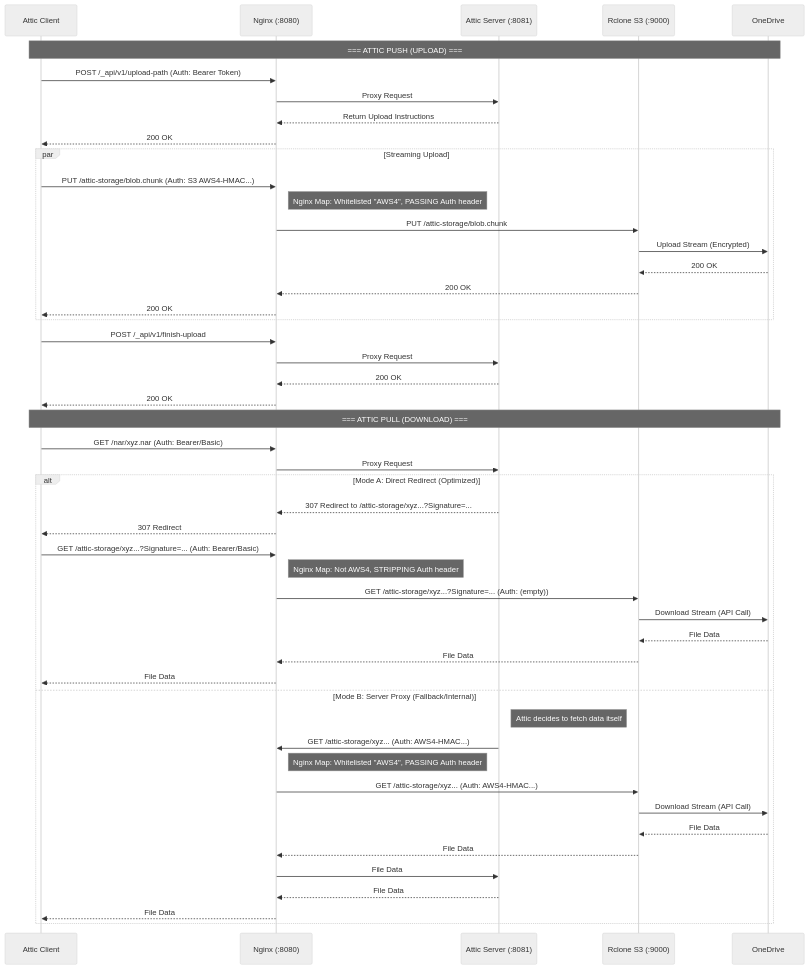
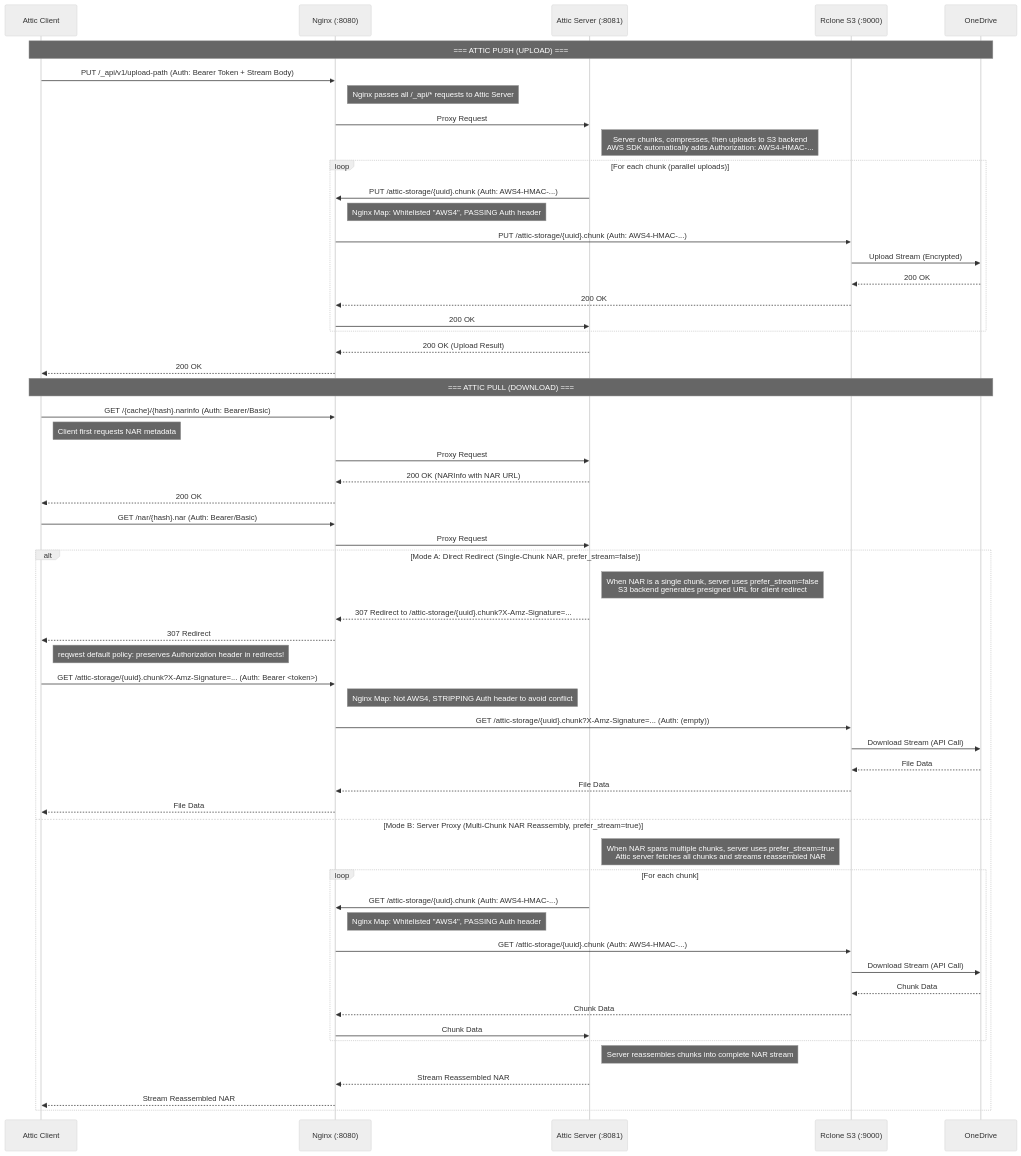
The second of 2 diagrams in README.md (Misaka13514/attic-server-fly), drawn with Mermaid (neutral theme) before and after one commit. The commit also changed other lines of this file and 4 other files, not shown here.

````diff
--- a/README.md
+++ b/README.md
@@ -67,56 +74,65 @@
 ```mermaid
 sequenceDiagram
     participant C as Attic Client
     participant N as Nginx (:8080)
     participant A as Attic Server (:8081)
     participant R as Rclone S3 (:9000)
     participant O as OneDrive
 
     note over C, O: === ATTIC PUSH (UPLOAD) ===
-    C->>N: POST /_api/v1/upload-path (Auth: Bearer Token)
+    C->>N: PUT /_api/v1/upload-path (Auth: Bearer Token + Stream Body)
+    note right of N: Nginx passes all /_api/* requests to Attic Server
     N->>A: Proxy Request
-    A-->>N: Return Upload Instructions
-    N-->>C: 200 OK
+    note right of A: Server chunks, compresses, then uploads to S3 backend<br/>AWS SDK automatically adds Authorization: AWS4-HMAC-...
 
-    par Streaming Upload
-        C->>N: PUT /attic-storage/blob.chunk (Auth: S3 AWS4-HMAC...)
+    loop For each chunk (parallel uploads)
+        A->>N: PUT /attic-storage/{uuid}.chunk (Auth: AWS4-HMAC-...)
         note right of N: Nginx Map: Whitelisted "AWS4", PASSING Auth header
-        N->>R: PUT /attic-storage/blob.chunk
+        N->>R: PUT /attic-storage/{uuid}.chunk (Auth: AWS4-HMAC-...)
         R->>O: Upload Stream (Encrypted)
         O-->>R: 200 OK
         R-->>N: 200 OK
-        N-->>C: 200 OK
+        N->>A: 200 OK
     end
 
-    C->>N: POST /_api/v1/finish-upload
-    N->>A: Proxy Request
-    A-->>N: 200 OK
+    A-->>N: 200 OK (Upload Result)
     N-->>C: 200 OK
 
     note over C, O: === ATTIC PULL (DOWNLOAD) ===
-    C->>N: GET /nar/xyz.nar (Auth: Bearer/Basic)
+    C->>N: GET /{cache}/{hash}.narinfo (Auth: Bearer/Basic)
+    note right of C: Client first requests NAR metadata
+    N->>A: Proxy Request
+    A-->>N: 200 OK (NARInfo with NAR URL)
+    N-->>C: 200 OK
+
+    C->>N: GET /nar/{hash}.nar (Auth: Bearer/Basic)
     N->>A: Proxy Request
 
-    alt Mode A: Direct Redirect (Optimized)
-        A-->>N: 307 Redirect to /attic-storage/xyz...?Signature=...
+    alt Mode A: Direct Redirect (Single-Chunk NAR, prefer_stream=false)
+        note right of A: When NAR is a single chunk, server uses prefer_stream=false<br/>S3 backend generates presigned URL for client redirect
+        A-->>N: 307 Redirect to /attic-storage/{uuid}.chunk?X-Amz-Signature=...
         N-->>C: 307 Redirect
-        C->>N: GET /attic-storage/xyz...?Signature=... (Auth: Bearer/Basic)
-        note right of N: Nginx Map: Not AWS4, STRIPPING Auth header
-        N->>R: GET /attic-storage/xyz...?Signature=... (Auth: (empty))
+        note right of C: reqwest default policy: preserves Authorization header in redirects!
+        C->>N: GET /attic-storage/{uuid}.chunk?X-Amz-Signature=... (Auth: Bearer <token>)
+        note right of N: Nginx Map: Not AWS4, STRIPPING Auth header to avoid conflict
+        N->>R: GET /attic-storage/{uuid}.chunk?X-Amz-Signature=... (Auth: (empty))
         R->>O: Download Stream (API Call)
         O-->>R: File Data
         R-->>N: File Data
         N-->>C: File Data
-    else Mode B: Server Proxy (Fallback/Internal)
-        note right of A: Attic decides to fetch data itself
-        A->>N: GET /attic-storage/xyz... (Auth: AWS4-HMAC...)
-        note right of N: Nginx Map: Whitelisted "AWS4", PASSING Auth header
-        N->>R: GET /attic-storage/xyz... (Auth: AWS4-HMAC...)
-        R->>O: Download Stream (API Call)
-        O-->>R: File Data
-        R-->>N: File Data
-        N->>A: File Data
-        A-->>N: File Data
-        N-->>C: File Data
+    else Mode B: Server Proxy (Multi-Chunk NAR Reassembly, prefer_stream=true)
+        note right of A: When NAR spans multiple chunks, server uses prefer_stream=true<br/>Attic server fetches all chunks and streams reassembled NAR
+        loop For each chunk
+            A->>N: GET /attic-storage/{uuid}.chunk (Auth: AWS4-HMAC-...)
+            note right of N: Nginx Map: Whitelisted "AWS4", PASSING Auth header
+            N->>R: GET /attic-storage/{uuid}.chunk (Auth: AWS4-HMAC-...)
+            R->>O: Download Stream (API Call)
+            O-->>R: Chunk Data
+            R-->>N: Chunk Data
+            N->>A: Chunk Data
+        end
+        note right of A: Server reassembles chunks into complete NAR stream
+        A-->>N: Stream Reassembled NAR
+        N-->>C: Stream Reassembled NAR
     end
 ```
````
